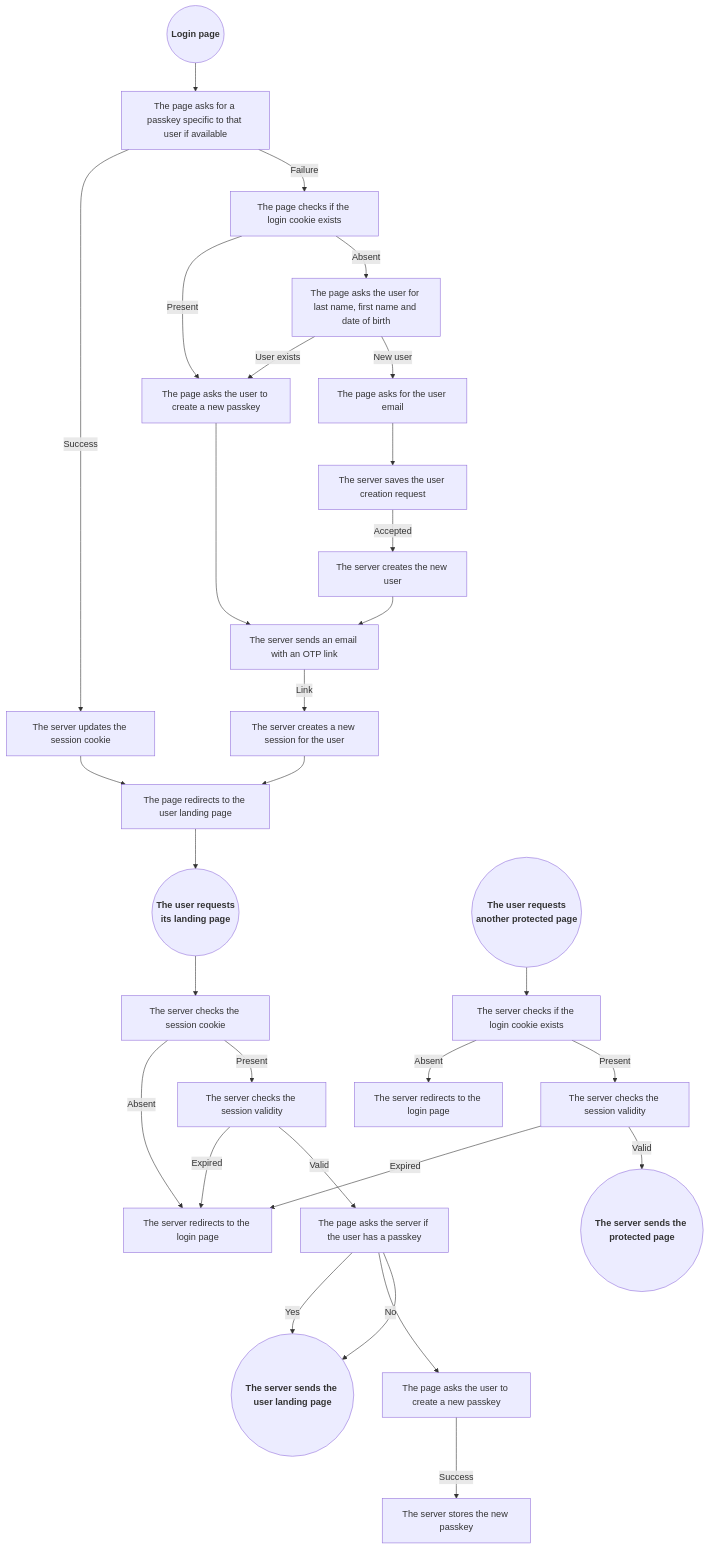
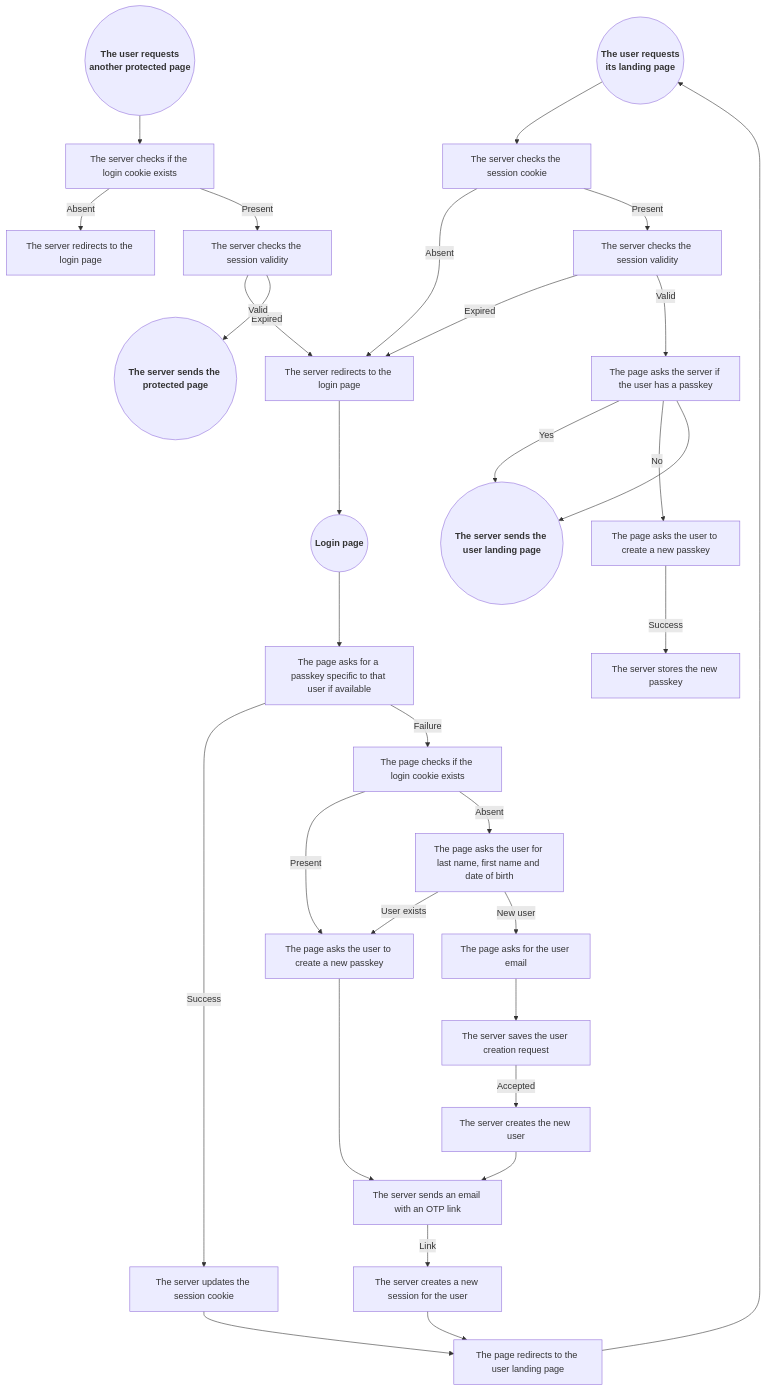
The diagram in README.md (programingjd/tiered_server), drawn with Mermaid before and after one commit.

````diff
--- a/README.md
+++ b/README.md
@@ -123,39 +123,40 @@
 ```mermaid
 graph TD;
   UserLandingPageRequest(("<b>The user requests<br>its landing page</b>"))
   ProtectedPageRequest(("<b>The user requests<br>another protected page</b>"))
   LoginPageRequest(("<b>Login page</b>"))
   
   ProtectedPageRequest-->QueryCookie1[The server checks if the login cookie exists]
   QueryCookie1-->|Absent|LoginPageRedirect1[The server redirects to the login page]
   QueryCookie1-->|Present|CheckSessionValidity1[The server checks the session validity]
   CheckSessionValidity1-->|Expired|LoginPageRedirect
   CheckSessionValidity1-->|Valid|ProtectedPageResponse(("<b>The server sends the protected page<b>"))
 
   UserLandingPageRequest-->QueryCookie2[The server checks the session cookie]
   QueryCookie2--Absent-->LoginPageRedirect[The server redirects to the login page]
   QueryCookie2--Present-->CheckSessionValidity2[The server checks the session validity]
   CheckSessionValidity2-->|Expired|LoginPageRedirect
   CheckSessionValidity2-->|Valid|QueryExistingPasskey2[The page asks the server if the user has a passkey]
   QueryExistingPasskey2-->|Yes|UserLandingPageResponse(("<b>The server sends the user landing page<b>"))
   QueryExistingPasskey2-->|No|NewPasskeyPrompt2[The page asks the user to create a new passkey]
   NewPasskeyPrompt2-->|Success|NewPasskeyStore2[The server stores the new passkey]
   QueryExistingPasskey2-->UserLandingPageResponse
 
   LoginPageRequest-->QueryPasskey[The page asks for a passkey specific to that user if available]
   QueryPasskey-->|Success|SessionCookieUpdate[The server updates the session cookie]
   SessionCookieUpdate-->UserLandingPageRedirect[The page redirects to the user landing page]
   QueryPasskey-->|Failure|QueryCookie3[The page checks if the login cookie exists]
   QueryCookie3-->|Present|NewPasskeyPrompt3[The page asks the user to create a new passkey]
   QueryCookie3-->|Absent|UserForm[The page asks the user for last name, first name and date of birth]
   UserForm-->|User exists|NewPasskeyPrompt3
   NewPasskeyPrompt3-->EmailOTP[The server sends an email with an OTP link]
   EmailOTP-->|Link|NewSession[The server creates a new session for the user]
   NewSession-->UserLandingPageRedirect
   UserForm-->|New user|NewUser[The page asks for the user email]
   NewUser-->UserModeration[The server saves the user creation request]
   UserModeration-->|Accepted|UserCreation[The server creates the new user]
   UserCreation-->EmailOTP
   
   UserLandingPageRedirect-->UserLandingPageRequest
+  LoginPageRedirect-->LoginPageRequest
 ```
````
